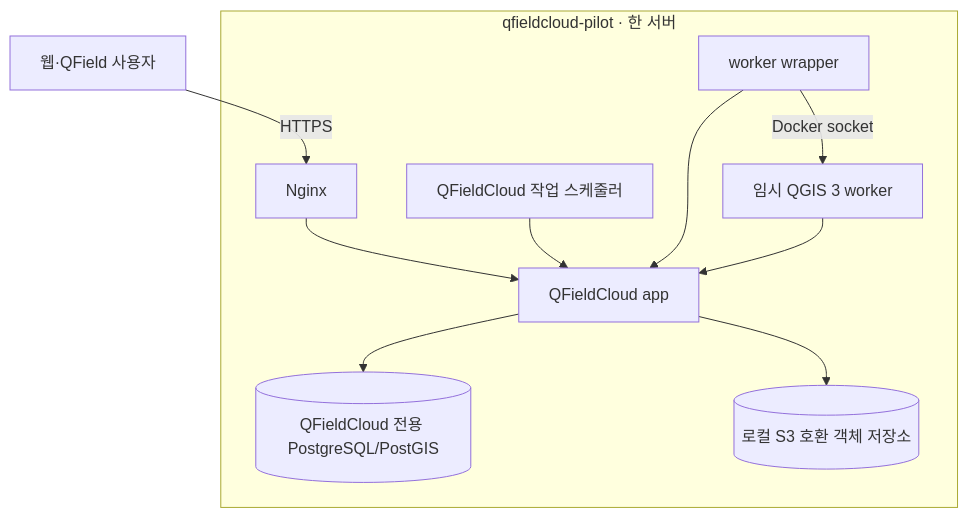
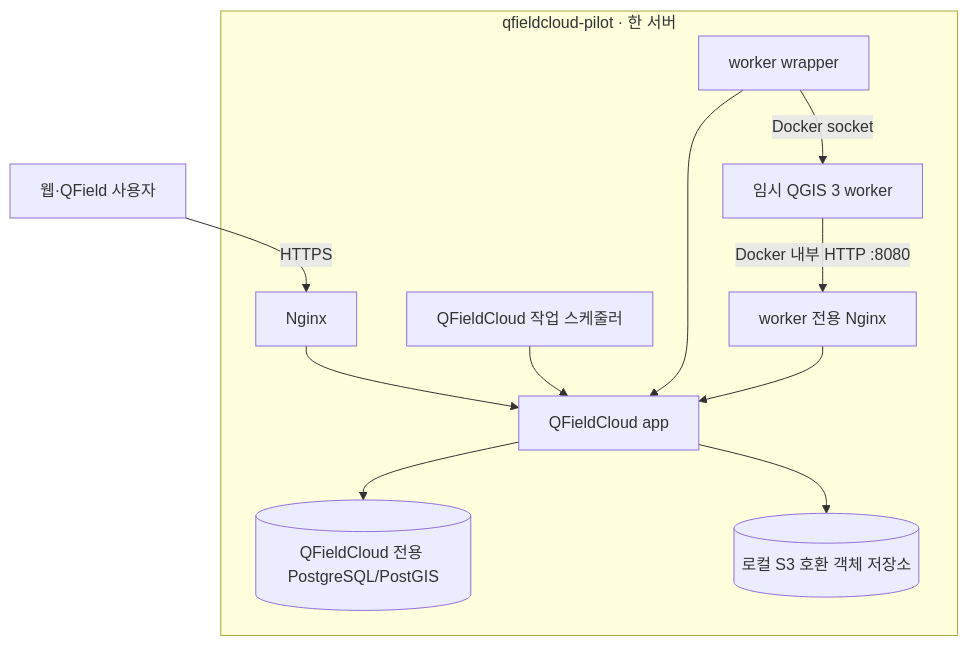
The second of 3 diagrams in docs/architecture.md (jusubkim94/qfieldcloud-self-hosting-for-arboreta), drawn with Mermaid before and after one commit. The commit also changed other lines of this file and 18 other files, not shown here.

````diff
--- a/docs/architecture.md
+++ b/docs/architecture.md
@@ -32,13 +32,14 @@
 ```mermaid
 flowchart TB
     Browser[웹·QField 사용자] -->|HTTPS| Nginx
     subgraph Lightsail[qfieldcloud-pilot · 한 서버]
         Nginx --> App[QFieldCloud app]
         App --> DB[(QFieldCloud 전용 PostgreSQL/PostGIS)]
         App --> Object[(로컬 S3 호환 객체 저장소)]
         Scheduler[QFieldCloud 작업 스케줄러] --> App
         Wrapper[worker wrapper] --> App
         Wrapper -->|Docker socket| QGIS[임시 QGIS 3 worker]
-        QGIS --> App
+        QGIS -->|Docker 내부 HTTP :8080| WorkerProxy[worker 전용 Nginx]
+        WorkerProxy --> App
     end
 ```
````
